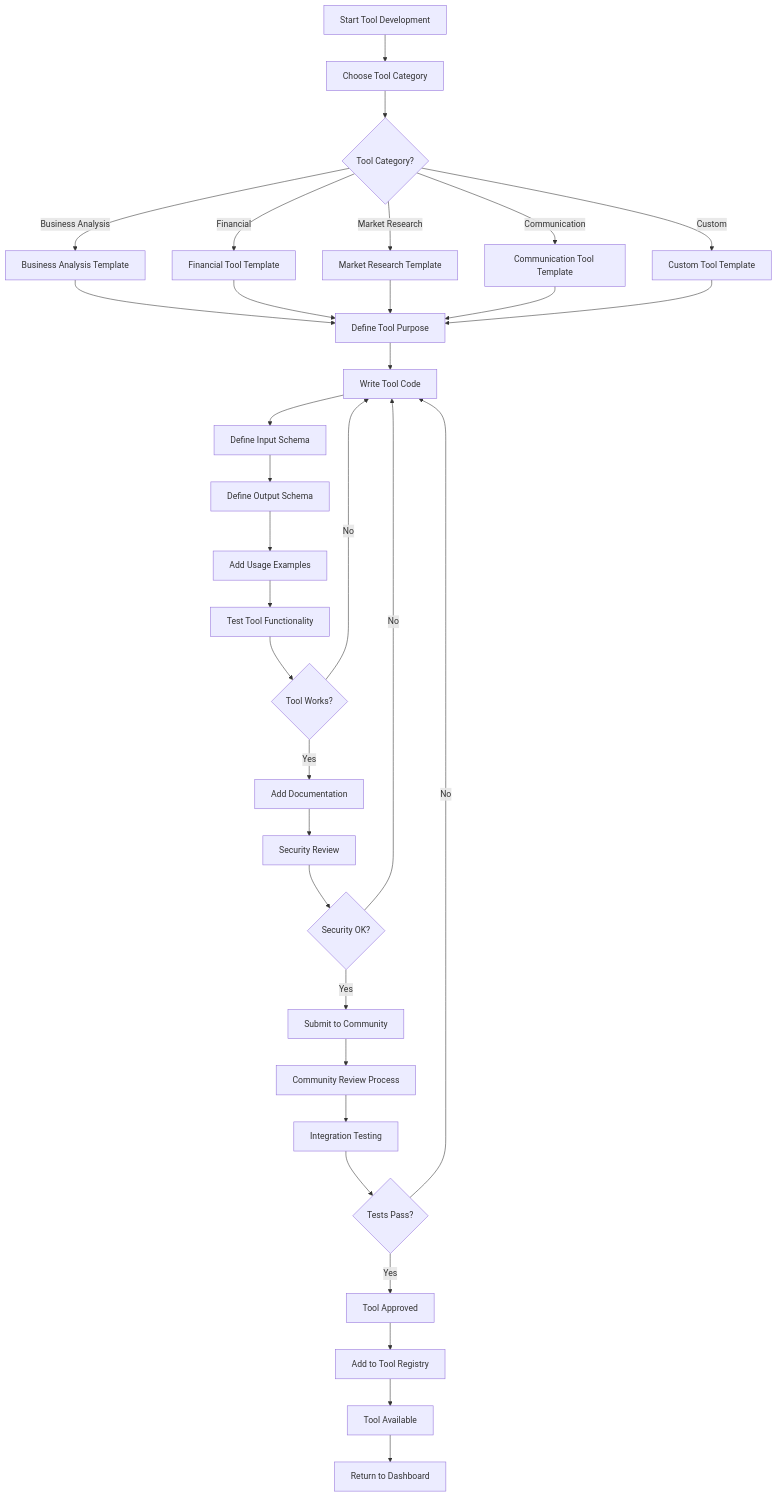
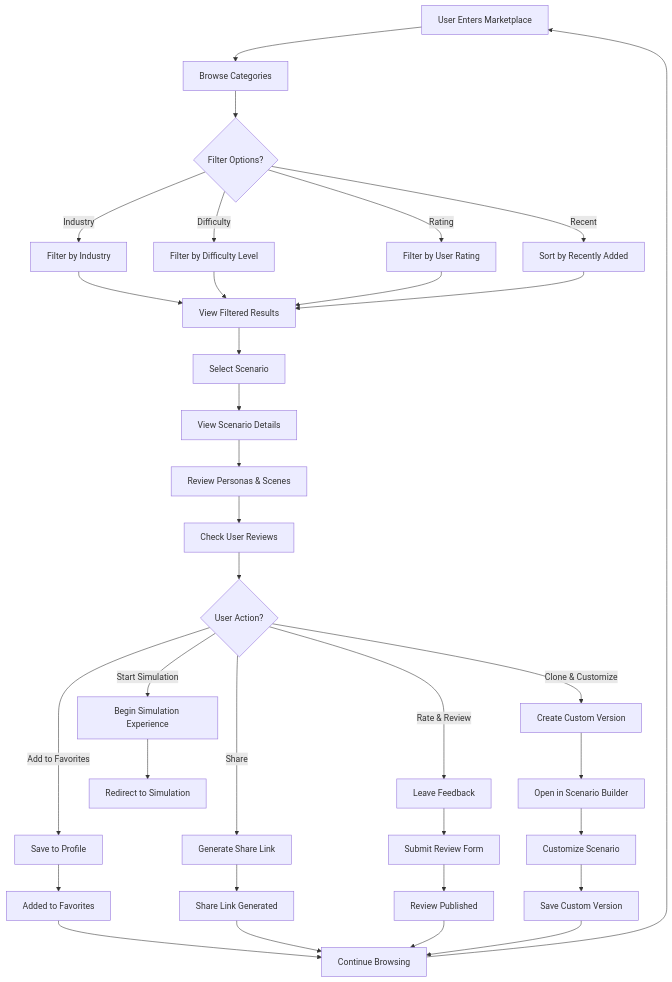
The sixth of 18 diagrams in backend/docs/architecture/user-workflow.md (Sbcoit/forked-ai-agent-education-platform), drawn with Mermaid before and after one commit. The commit also changed other lines of this file and 5 other files, not shown here.

First line of the commit message:
docs: Update comprehensive documentation for ChatOrchestrator integration

````diff
--- a/backend/docs/architecture/user-workflow.md
+++ b/backend/docs/architecture/user-workflow.md
@@ -334,37 +290,41 @@
 ```mermaid
 flowchart TD
-    A[Start Tool Development] --> B[Choose Tool Category]
-    B --> C{Tool Category?}
-    C -->|Business Analysis| D[Business Analysis Template]
-    C -->|Financial| E[Financial Tool Template]
-    C -->|Market Research| F[Market Research Template]
-    C -->|Communication| G[Communication Tool Template]
-    C -->|Custom| H[Custom Tool Template]
+    A[User Enters Marketplace] --> B[Browse Categories]
+    B --> C{Filter Options?}
+    C -->|Industry| D[Filter by Industry]
+    C -->|Difficulty| E[Filter by Difficulty Level]
+    C -->|Rating| F[Filter by User Rating]
+    C -->|Recent| G[Sort by Recently Added]
     
-    D --> I[Define Tool Purpose]
-    E --> I
-    F --> I
-    G --> I
-    H --> I
+    D --> H[View Filtered Results]
+    E --> H
+    F --> H
+    G --> H
     
-    I --> J[Write Tool Code]
-    J --> K[Define Input Schema]
-    K --> L[Define Output Schema]
-    L --> M[Add Usage Examples]
-    M --> N[Test Tool Functionality]
-    N --> O{Tool Works?}
-    O -->|No| J
-    O -->|Yes| P[Add Documentation]
-    P --> Q[Security Review]
-    Q --> R{Security OK?}
-    R -->|No| J
-    R -->|Yes| S[Submit to Community]
-    S --> T[Community Review Process]
-    T --> U[Integration Testing]
-    U --> V{Tests Pass?}
-    V -->|No| J
-    V -->|Yes| W[Tool Approved]
-    W --> X[Add to Tool Registry]
-    X --> Y[Tool Available]
-    Y --> Z[Return to Dashboard]
+    H --> I[Select Scenario]
+    I --> J[View Scenario Details]
+    J --> K[Review Personas & Scenes]
+    K --> L[Check User Reviews]
+    L --> M{User Action?}
+    
+    M -->|Start Simulation| N[Begin Simulation Experience]
+    M -->|Rate & Review| O[Leave Feedback]
+    M -->|Clone & Customize| P[Create Custom Version]
+    M -->|Add to Favorites| Q[Save to Profile]
+    M -->|Share| R[Generate Share Link]
+    
+    N --> S[Redirect to Simulation]
+    O --> T[Submit Review Form]
+    P --> U[Open in Scenario Builder]
+    Q --> V[Added to Favorites]
+    R --> W[Share Link Generated]
+    
+    T --> X[Review Published]
+    U --> Y[Customize Scenario]
+    V --> Z[Continue Browsing]
+    W --> Z
+    X --> Z
+    Y --> AA[Save Custom Version]
+    AA --> Z
+    Z --> A
 ```
````
